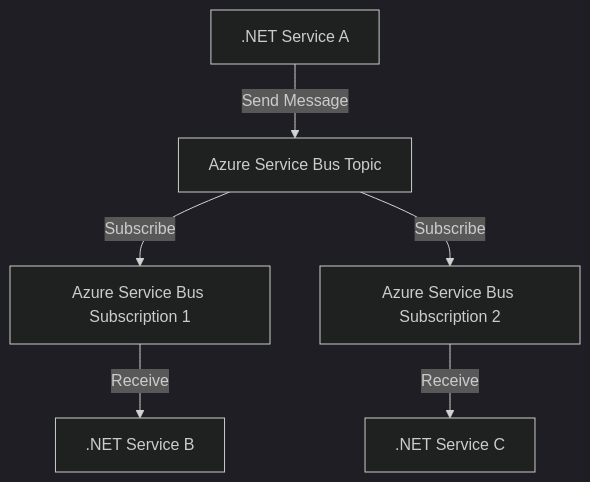
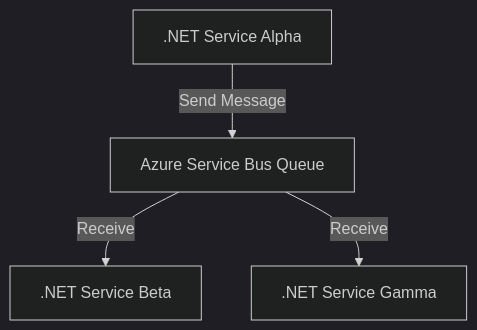
One commit to JustJordanT/typescript-azure-service-bus changed the diagram in README.md. Above: the diagram before and after it, drawn with Mermaid (dark theme). The commit also changed other lines of this file, not shown here.

````diff
--- a/README.md
+++ b/README.md
@@ -3,8 +3,6 @@
 ```mermaid
 graph TD;
-    A[.NET Service A] -->|Send Message| B[Azure Service Bus Topic]
-    B -->|Subscribe| D[Azure Service Bus Subscription 1]
-    B -->|Subscribe| E[Azure Service Bus Subscription 2]
-    D -->|Receive| G[.NET Service B]
-    E -->|Receive| H[.NET Service C]
+    A[.NET Service Alpha] -->|Send Message| B[Azure Service Bus Queue]
+    B -->|Receive| G[.NET Service Beta]
+    B -->|Receive| H[.NET Service Gamma]
 ```
````
